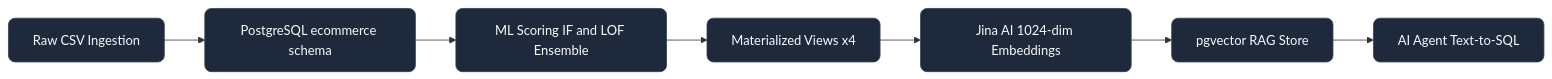
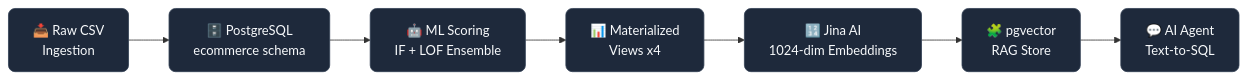
Before and after one commit to Mohamed-Elmasry16/Recovera-Hybrid-Database-Architecture: the first of 4 diagrams in README.md, drawn with Mermaid. The commit also changed other lines of this file, not shown here.

````diff
--- a/README.md
+++ b/README.md
@@ -98,11 +132,11 @@
 ```mermaid
 flowchart LR
-    A["Raw CSV Ingestion"]:::step --> B["PostgreSQL ecommerce schema"]:::step
-    B --> C["ML Scoring IF and LOF Ensemble"]:::step
-    C --> D["Materialized Views x4"]:::step
-    D --> E["Jina AI 1024-dim Embeddings"]:::step
-    E --> F["pgvector RAG Store"]:::step
-    F --> G["AI Agent Text-to-SQL"]:::step
+    A["📥 Raw CSV<br/>Ingestion"]:::step --> B["🗄️ PostgreSQL<br/>ecommerce schema"]:::step
+    B --> C["🤖 ML Scoring<br/>IF + LOF Ensemble"]:::step
+    C --> D["📊 Materialized<br/>Views x4"]:::step
+    D --> E["🔢 Jina AI<br/>1024-dim Embeddings"]:::step
+    E --> F["🧩 pgvector<br/>RAG Store"]:::step
+    F --> G["💬 AI Agent<br/>Text-to-SQL"]:::step
 
     classDef step fill:#1e293b,stroke:#334155,color:#f8fafc,rx:8
 ```
````
